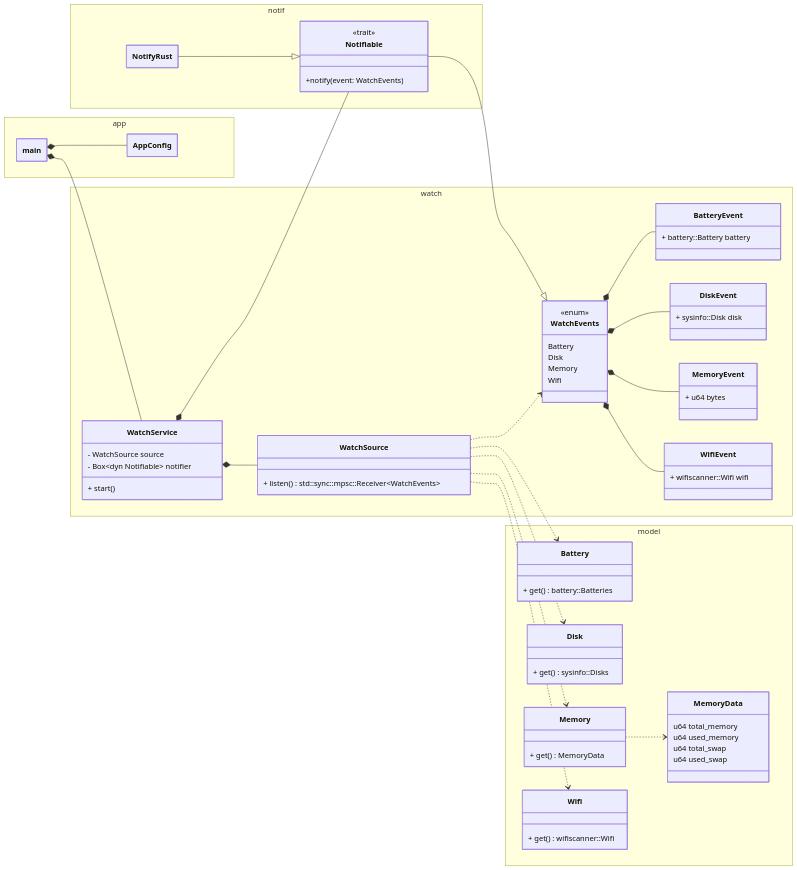
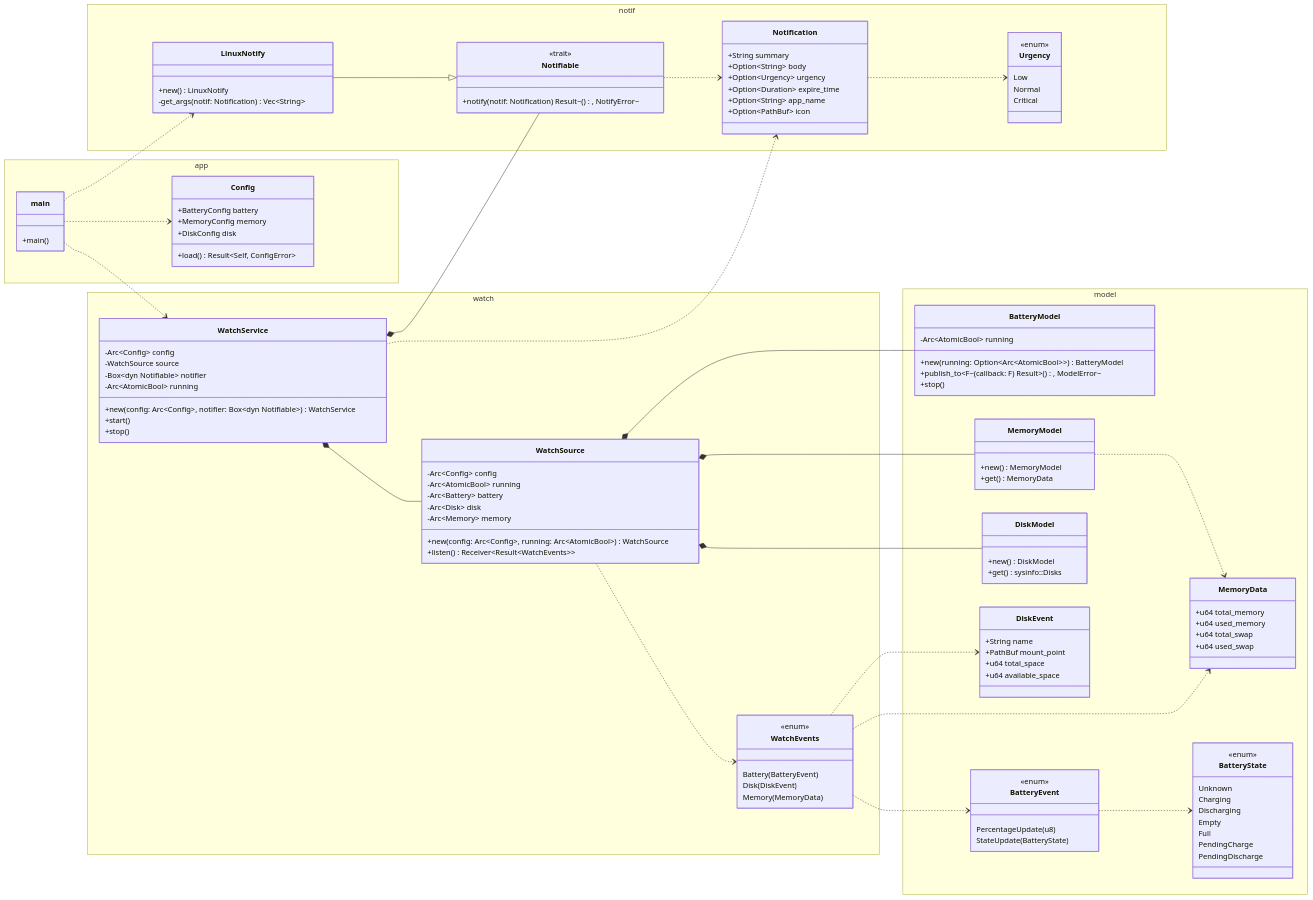
One commit to FAZuH/vigilance changed the diagram in docs/diagrams/class-diagram.mmd. Above: the diagram before and after it, drawn with Mermaid. The commit also changed 1 other file, not shown here.

Commit message:
docs: update class diagram [skip ci]

```diff
--- a/docs/diagrams/class-diagram.mmd
+++ b/docs/diagrams/class-diagram.mmd
@@ -1,70 +1,133 @@
---- 
+---
 config:
-  class: 
-    hideEmptyMembersBox: true 
+  class:
+    hideEmptyMembersBox: true
 ---
 classDiagram
-	direction LR
-	namespace model {
+    direction LR
+
+    namespace notif {
+        class Notifiable {
+            <<trait>>
+            +notify(notif: Notification) Result~(), NotifyError~
+        }
+        class Notification {
+            +String summary
+            +Option~String~ body
+            +Option~Urgency~ urgency
+            +Option~Duration~ expire_time
+            +Option~String~ app_name
+            +Option~PathBuf~ icon
+        }
+        class Urgency {
+            <<enum>>
+            Low
+            Normal
+            Critical
+        }
+        class LinuxNotify {
+            +new() LinuxNotify
+            -get_args(notif: Notification) Vec~String~
+        }
+    }
+    LinuxNotify --|> Notifiable
+    Notification ..> Urgency
+    Notifiable ..> Notification
+
+    namespace model {
         class MemoryData {
-            u64 total_memory
-            u64 used_memory
-            u64 total_swap
-            u64 used_swap
+            +u64 total_memory
+            +u64 used_memory
+            +u64 total_swap
+            +u64 used_swap
         }
-		class Battery { + get() battery::Batteries }
-		class Disk { + get() sysinfo::Disks }
-		class Memory { + get() MemoryData }
-		class Wifi { + get() wifiscanner::Wifi }
-	}
-    Memory ..> MemoryData
-	
-	namespace notif {
-		class Notifiable {
-			<<trait>>
-			+notify(event: WatchEvents)
-		}
-		class NotifyRust
-	}
-	Notifiable --|> WatchEvents
-	NotifyRust --|> Notifiable
-	
-	namespace watch {
-		class WatchSource {
-			+ listen() std::sync::mpsc::Receiver~WatchEvents~
-		}
-		class WatchEvents {
-			<<enum>>
-			Battery
-			Disk
-			Memory
-			Wifi
-		}	
-		class WatchService {
-			- WatchSource source
-			- Box~dyn Notifiable~ notifier
-			+ start()
-		}
-		class BatteryEvent { + battery::Battery battery }
-		class DiskEvent { + sysinfo::Disk disk }
-		class MemoryEvent { + u64 bytes }
-		class WifiEvent { + wifiscanner::Wifi wifi }
-	}
-	WatchService *-- WatchSource
-	WatchService *-- Notifiable
-	WatchSource ..> WatchEvents
-	WatchSource ..> Battery
-	WatchSource ..> Disk
-	WatchSource ..> Memory
-	WatchSource ..> Wifi
-	WatchEvents *-- BatteryEvent
-	WatchEvents *-- DiskEvent
-	WatchEvents *-- MemoryEvent
-	WatchEvents *-- WifiEvent
+        class BatteryModel {
+            -Arc~AtomicBool~ running
+            +new(running: Option~Arc~AtomicBool~~) BatteryModel
+            +publish_to~F~(callback: F) Result~(), ModelError~
+            +stop()
+        }
+        class BatteryEvent {
+            <<enum>>
+            PercentageUpdate(u8)
+            StateUpdate(BatteryState)
+        }
+        class BatteryState {
+            <<enum>>
+            Unknown
+            Charging
+            Discharging
+            Empty
+            Full
+            PendingCharge
+            PendingDischarge
+        }
+        class DiskModel {
+            +new() DiskModel
+            +get() sysinfo::Disks
+        }
+        class DiskEvent {
+            +String name
+            +PathBuf mount_point
+            +u64 total_space
+            +u64 available_space
+        }
+        class MemoryModel {
+            +new() MemoryModel
+            +get() MemoryData
+        }
+    }
+    MemoryModel ..> MemoryData
+    BatteryEvent ..> BatteryState
 
-	namespace app {
-		class main
-		class AppConfig
-	}
-	main *-- WatchService
-	main *-- AppConfig
+    namespace watch {
+        class WatchSource {
+            -Arc~Config~ config
+            -Arc~AtomicBool~ running
+            -Arc~Battery~ battery
+            -Arc~Disk~ disk
+            -Arc~Memory~ memory
+            +new(config: Arc~Config~, running: Arc~AtomicBool~) WatchSource
+            +listen() Receiver~Result~WatchEvents~~
+        }
+        class WatchEvents {
+            <<enum>>
+            Battery(BatteryEvent)
+            Disk(DiskEvent)
+            Memory(MemoryData)
+        }
+        class WatchService {
+            -Arc~Config~ config
+            -WatchSource source
+            -Box~dyn Notifiable~ notifier
+            -Arc~AtomicBool~ running
+            +new(config: Arc~Config~, notifier: Box~dyn Notifiable~) WatchService
+            +start()
+            +stop()
+        }
+    }
+    WatchService *-- WatchSource
+    WatchService *-- Notifiable
+    WatchService ..> Notification
+    WatchSource *-- BatteryModel
+    WatchSource *-- DiskModel
+    WatchSource *-- MemoryModel
+    WatchSource ..> WatchEvents
+    WatchEvents ..> BatteryEvent
+    WatchEvents ..> DiskEvent
+    WatchEvents ..> MemoryData
+
+    namespace app {
+        class main {
+            +main()
+        }
+        class Config {
+            +BatteryConfig battery
+            +MemoryConfig memory
+            +DiskConfig disk
+            +load() Result~Self, ConfigError~
+        }
+    }
+    main ..> WatchService
+    main ..> Config
+    main ..> LinuxNotify
```
